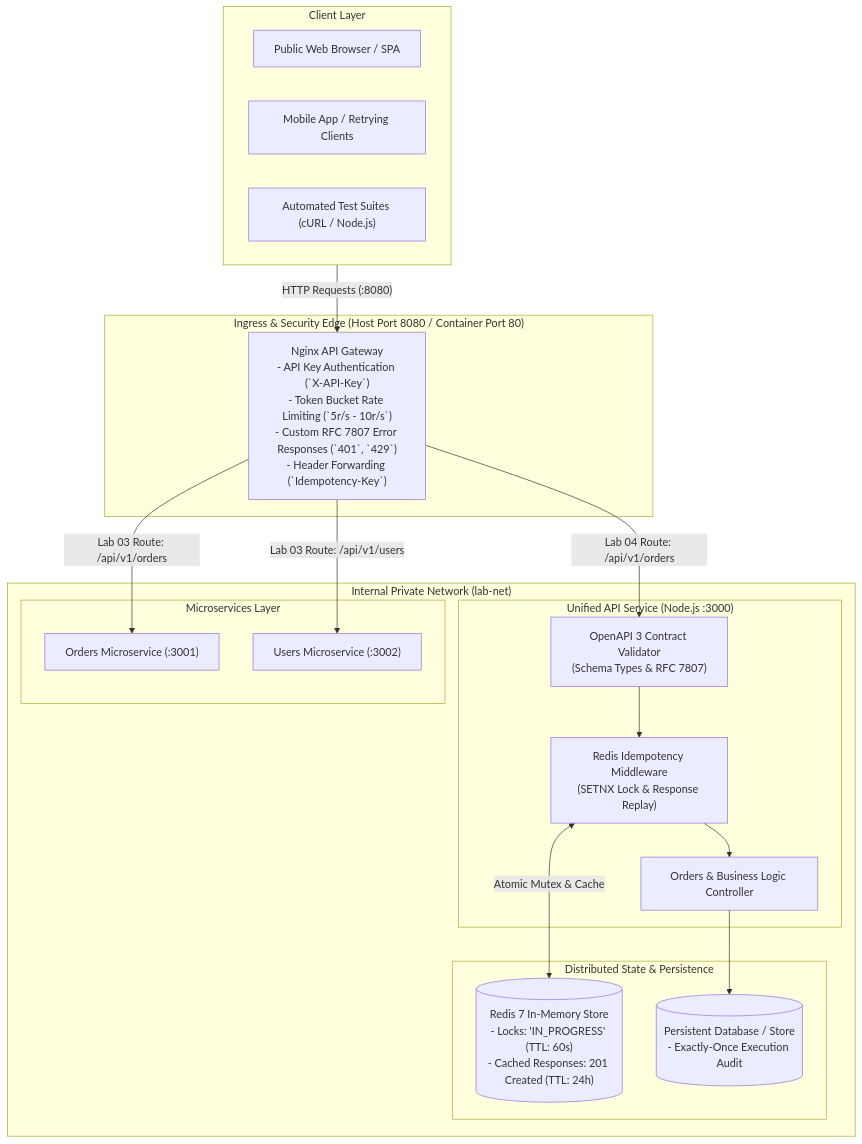
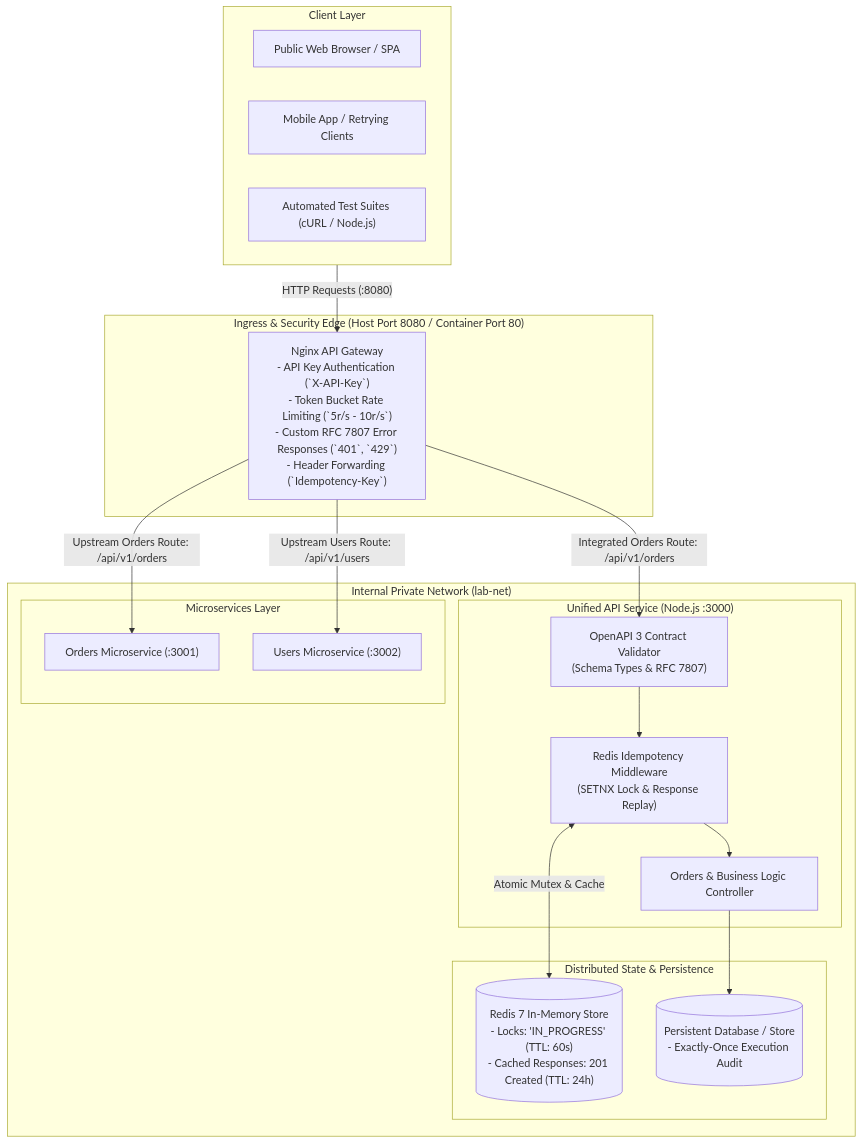
The diagram in API Design & Networking Essentials (Module 6)/README.md (poridhioss/lab), drawn with Mermaid before and after one commit. The commit also changed other lines of this file and 21 other files, not shown here.

Commit message:
docs(module6): remove Lab 0X numbering and prefixes across diagrams, titles, and codebase

````diff
--- a/API Design & Networking Essentials (Module 6)/README.md
+++ b/API Design & Networking Essentials (Module 6)/README.md
@@ -20,39 +20,39 @@
 ```mermaid
 flowchart TD
     subgraph Clients ["Client Layer"]
         C1["Public Web Browser / SPA"]
         C2["Mobile App / Retrying Clients"]
         C3["Automated Test Suites (cURL / Node.js)"]
     end
 
     subgraph GatewayLayer ["Ingress & Security Edge (Host Port 8080 / Container Port 80)"]
         GW["Nginx API Gateway<br/>- API Key Authentication (`X-API-Key`)<br/>- Token Bucket Rate Limiting (`5r/s - 10r/s`)<br/>- Custom RFC 7807 Error Responses (`401`, `429`)<br/>- Header Forwarding (`Idempotency-Key`)"]
     end
 
     subgraph ServiceMesh ["Internal Private Network (lab-net)"]
         subgraph APIService ["Unified API Service (Node.js :3000)"]
             Val["OpenAPI 3 Contract Validator<br/>(Schema Types & RFC 7807)"]
             IdempMid["Redis Idempotency Middleware<br/>(SETNX Lock & Response Replay)"]
             Controller["Orders & Business Logic Controller"]
         end
 
         subgraph UpstreamMicroservices ["Microservices Layer"]
             OS["Orders Microservice (:3001)"]
             US["Users Microservice (:3002)"]
         end
 
         subgraph CachingData ["Distributed State & Persistence"]
             Redis[("Redis 7 In-Memory Store<br/>- Locks: 'IN_PROGRESS' (TTL: 60s)<br/>- Cached Responses: 201 Created (TTL: 24h)")]
             DB[("Persistent Database / Store<br/>- Exactly-Once Execution Audit")]
         end
     end
 
     Clients -->|"HTTP Requests (:8080)"| GW
-    GW -->|"Lab 04 Route: /api/v1/orders"| Val
-    GW -->|"Lab 03 Route: /api/v1/orders"| OS
-    GW -->|"Lab 03 Route: /api/v1/users"| US
+    GW -->|"Integrated Orders Route: /api/v1/orders"| Val
+    GW -->|"Upstream Orders Route: /api/v1/orders"| OS
+    GW -->|"Upstream Users Route: /api/v1/users"| US
     Val --> IdempMid
     IdempMid <-->|"Atomic Mutex & Cache"| Redis
     IdempMid --> Controller
     Controller --> DB
 ```
````
